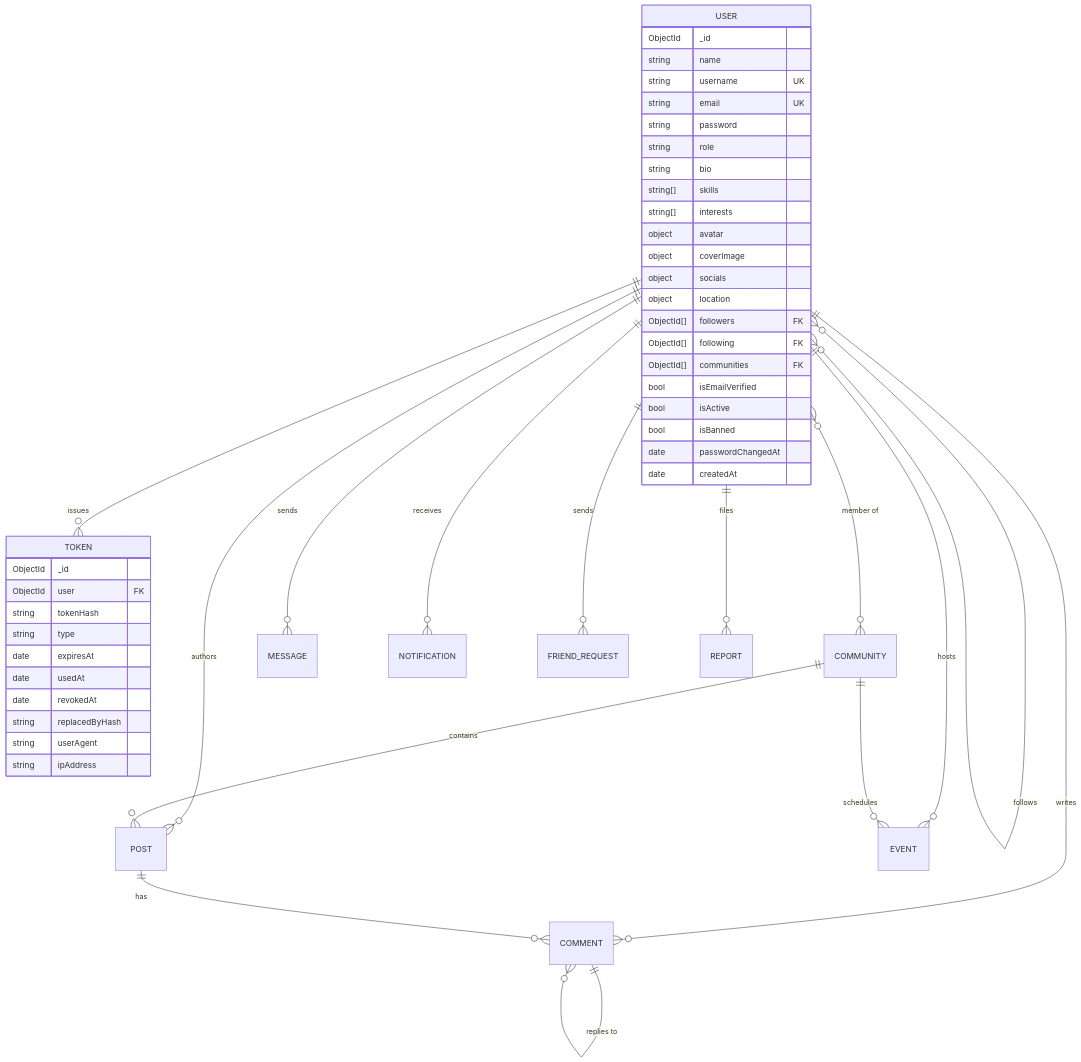
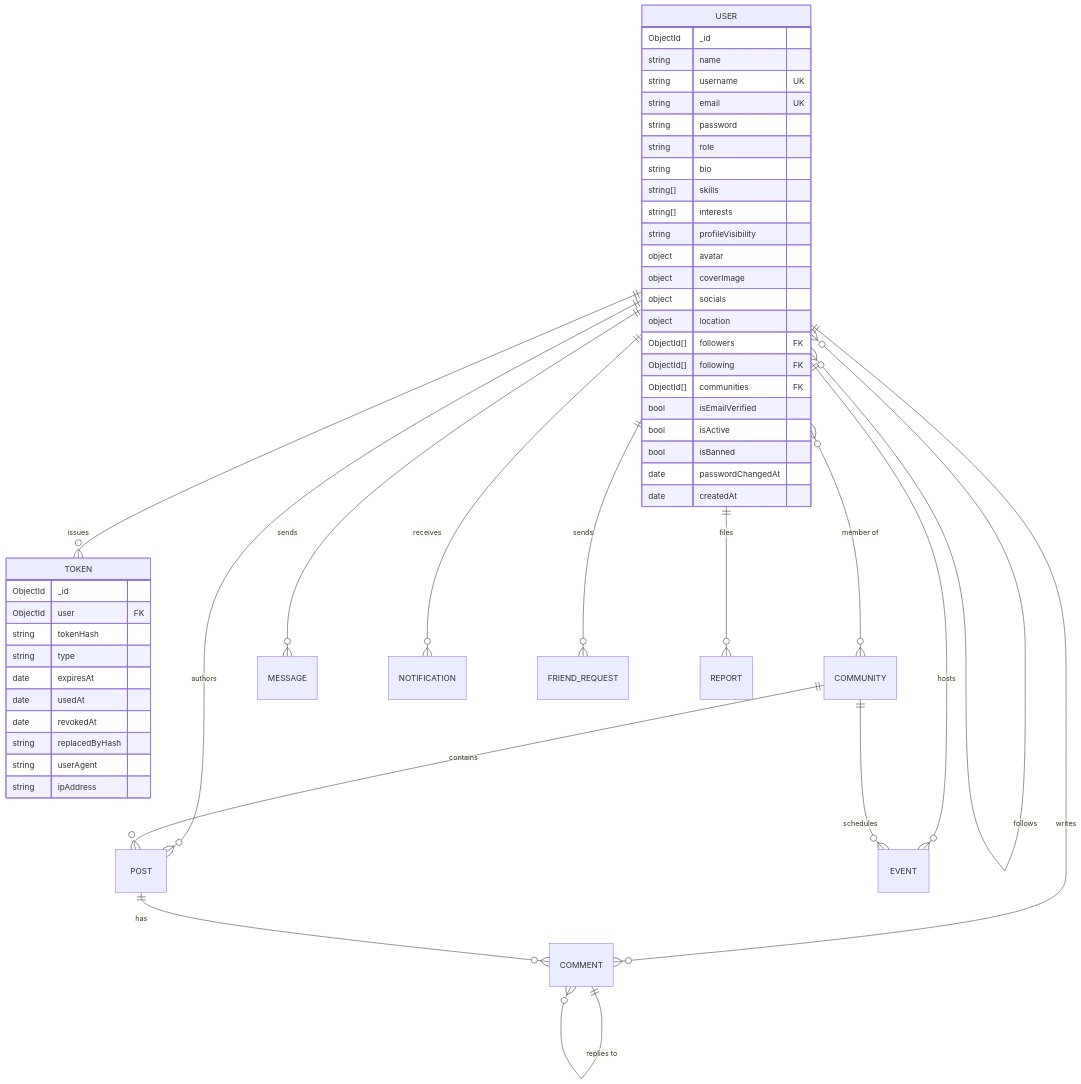
One commit to venki7569/LikeMinded changed the diagram in docs/DATABASE.md. Above: the diagram before and after it, drawn with Mermaid. The commit also changed other lines of this file and 31 other files, not shown here.

````diff
--- a/docs/DATABASE.md
+++ b/docs/DATABASE.md
@@ -8,54 +8,55 @@
 ```mermaid
 erDiagram
     USER ||--o{ TOKEN : "issues"
     USER }o--o{ USER : "follows"
     USER }o--o{ COMMUNITY : "member of"
     USER ||--o{ POST : "authors"
     USER ||--o{ COMMENT : "writes"
     USER ||--o{ MESSAGE : "sends"
     USER ||--o{ NOTIFICATION : "receives"
     USER ||--o{ FRIEND_REQUEST : "sends"
     USER ||--o{ EVENT : "hosts"
     COMMUNITY ||--o{ POST : "contains"
     COMMUNITY ||--o{ EVENT : "schedules"
     POST ||--o{ COMMENT : "has"
     COMMENT ||--o{ COMMENT : "replies to"
     USER ||--o{ REPORT : "files"
 
     USER {
         ObjectId _id
         string name
         string username UK
         string email UK
         string password
         string role
         string bio
         string[] skills
         string[] interests
+        string profileVisibility
         object avatar
         object coverImage
         object socials
         object location
         ObjectId[] followers FK
         ObjectId[] following FK
         ObjectId[] communities FK
         bool isEmailVerified
         bool isActive
         bool isBanned
         date passwordChangedAt
         date createdAt
     }
 
     TOKEN {
         ObjectId _id
         ObjectId user FK
         string tokenHash
         string type
         date expiresAt
         date usedAt
         date revokedAt
         string replacedByHash
         string userAgent
         string ipAddress
     }
 ```
````
